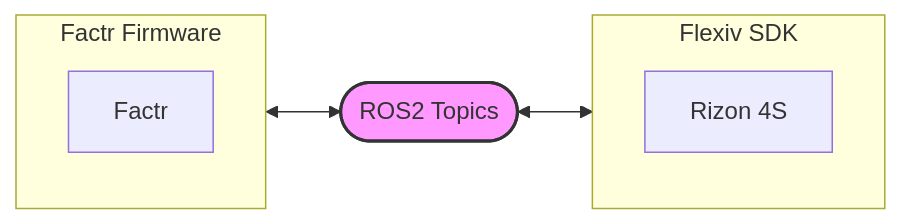
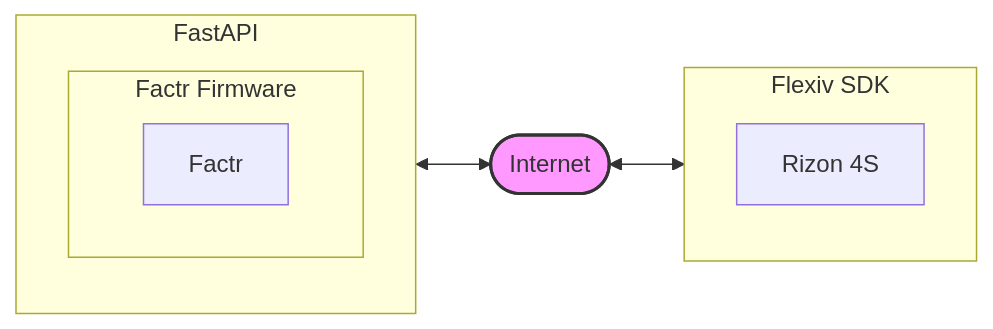
One commit to rvl-lab-utoronto/FACTR-Server changed the diagram in FACTR_Teleop/README.md. Above: the diagram before and after it, drawn with Mermaid.

Commit message:
Update communication diagram in README.md

````diff
--- a/FACTR_Teleop/README.md
+++ b/FACTR_Teleop/README.md
@@ -15,19 +15,20 @@
 ```mermaid
 graph LR
     %% Nodes definition
-
-    subgraph B [Factr Firmware]
-        A[Factr]
+    subgraph F [FastAPI]
+        subgraph B [Factr Firmware]
+            A[Factr]
+        end
     end
-    C([ROS2 Topics])
+    C([Internet])
     subgraph E [Flexiv SDK]
         D[Rizon 4S]
     end
 
     %% Connections
-    B <--> C
+    F <--> C
     C <--> E
     
     %% Styling (Optional)
     style C fill:#f9f,stroke:#333,stroke-width:2px
 ```
````
